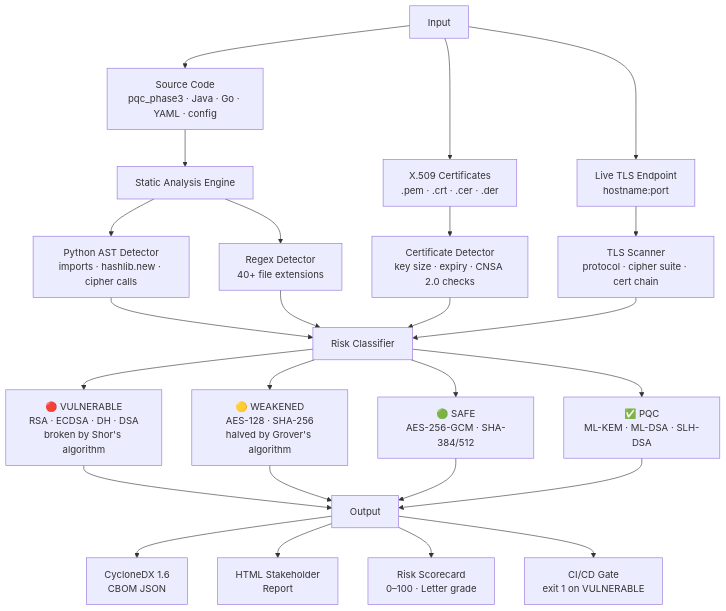
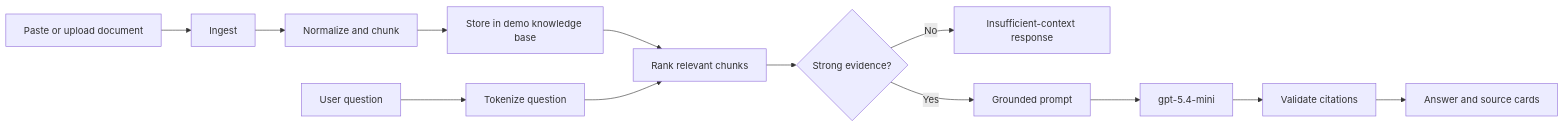
One commit to rppusdekar/RAG_LLM changed the diagram in README.md. Above: the diagram before and after it, drawn with Mermaid. The commit also changed other lines of this file and 46 other files, not shown here.

````diff
--- a/README.md
+++ b/README.md
@@ -67,25 +12,15 @@
 ```mermaid
-flowchart TD
-    A[Input] --> B[Source Code\npqc_phase3 · Java · Go · YAML · config]
-    A --> C[X.509 Certificates\n.pem · .crt · .cer · .der]
-    A --> D[Live TLS Endpoint\nhostname:port]
-
-    B --> E[Static Analysis Engine]
-    E --> F[Python AST Detector\nimports · hashlib.new · cipher calls]
-    E --> G[Regex Detector\n40+ file extensions]
-    C --> H[Certificate Detector\nkey size · expiry · CNSA 2.0 checks]
-    D --> I[TLS Scanner\nprotocol · cipher suite · cert chain]
-
-    F & G & H & I --> J[Risk Classifier]
-
-    J --> K[🔴 VULNERABLE\nRSA · ECDSA · DH · DSA\nbroken by Shor's algorithm]
-    J --> L[🟡 WEAKENED\nAES-128 · SHA-256\nhalved by Grover's algorithm]
-    J --> M[🟢 SAFE\nAES-256-GCM · SHA-384/512]
-    J --> N[✅ PQC\nML-KEM · ML-DSA · SLH-DSA]
-
-    K & L & M & N --> O[Output]
-    O --> P[CycloneDX 1.6\nCBOM JSON]
-    O --> Q[HTML Stakeholder\nReport]
-    O --> R[Risk Scorecard\n0–100 · Letter grade]
-    O --> S[CI/CD Gate\nexit 1 on VULNERABLE]
+flowchart LR
+    A[Paste or upload document] --> B[Ingest]
+    B --> C[Normalize and chunk]
+    C --> D[Store in demo knowledge base]
+    Q[User question] --> E[Tokenize question]
+    D --> F[Rank relevant chunks]
+    E --> F
+    F --> G{Strong evidence?}
+    G -- No --> H[Insufficient-context response]
+    G -- Yes --> I[Grounded prompt]
+    I --> J[gpt-5.4-mini]
+    J --> K[Validate citations]
+    K --> L[Answer and source cards]
 ```
````
